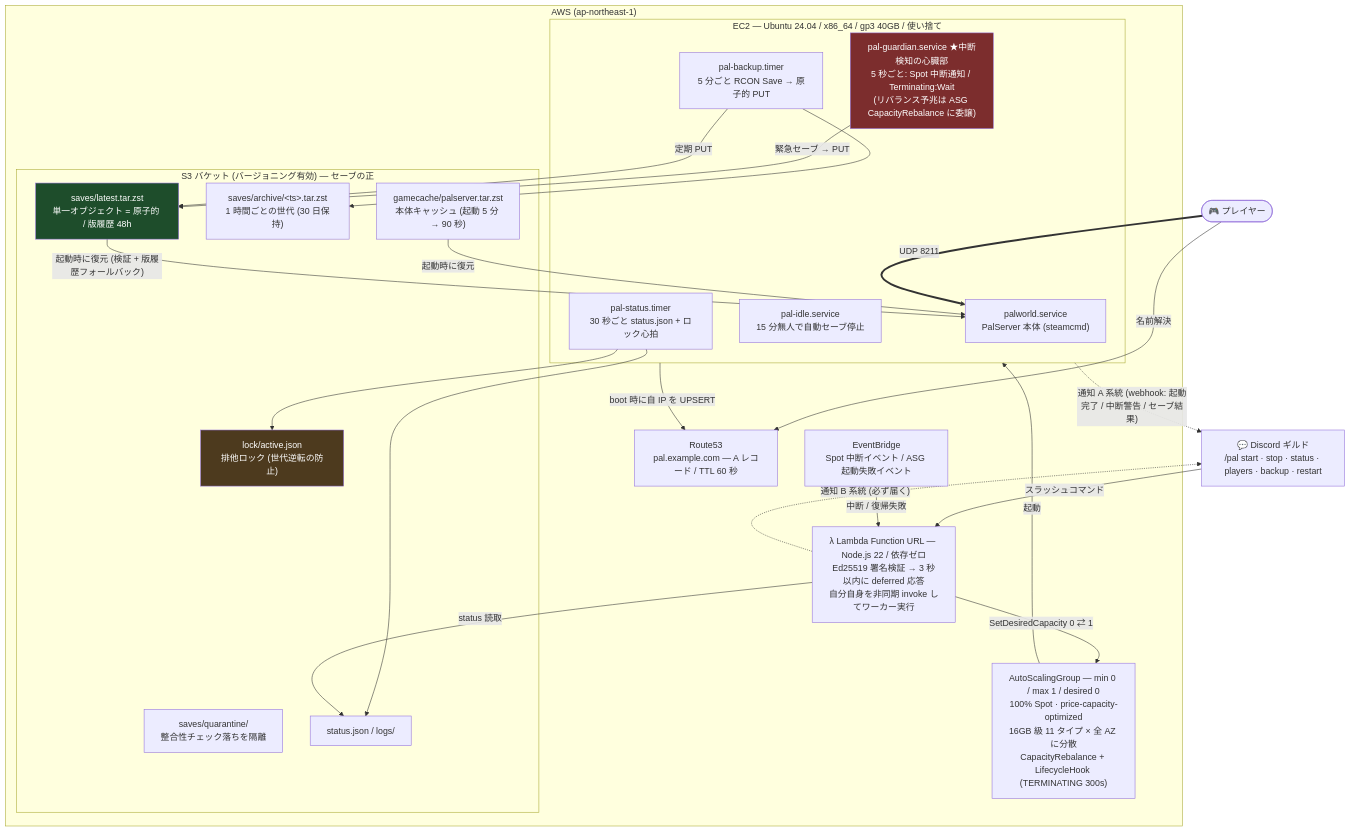
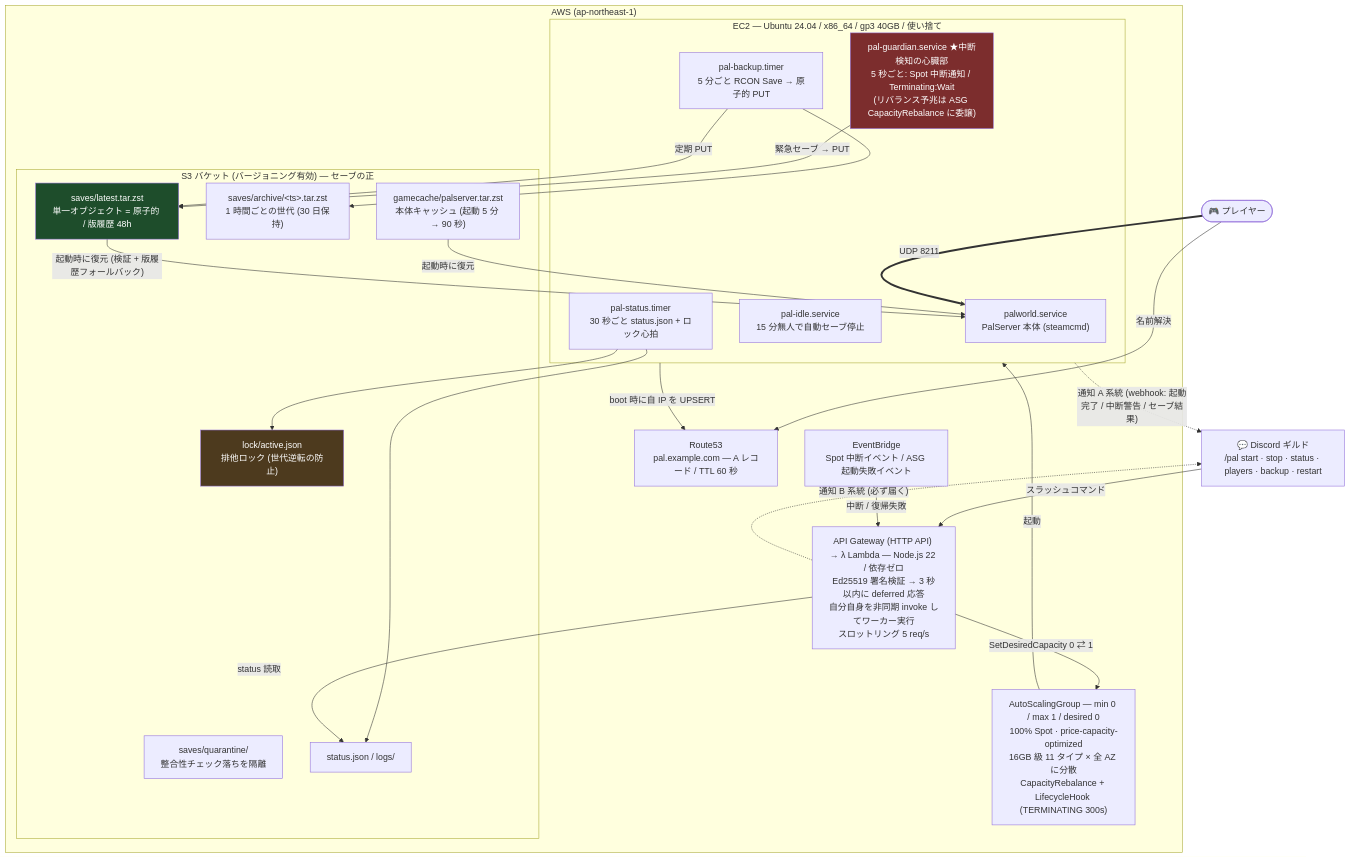
The diagram in DESIGN.md (azarasi1226/palworld-server), drawn with Mermaid before and after one commit. The commit also changed other lines of this file and 2 other files, not shown here.

````diff
--- a/DESIGN.md
+++ b/DESIGN.md
@@ -39,51 +39,51 @@
 ```mermaid
 flowchart TB
     player(["🎮 プレイヤー"])
     discord["💬 Discord ギルド<br>/pal start · stop · status · players · backup · restart"]
 
     subgraph aws["AWS (ap-northeast-1)"]
-        lambda["λ Lambda Function URL — Node.js 22 / 依存ゼロ<br>Ed25519 署名検証 → 3 秒以内に deferred 応答<br>自分自身を非同期 invoke してワーカー実行"]
+        lambda["API Gateway (HTTP API) → λ Lambda — Node.js 22 / 依存ゼロ<br>Ed25519 署名検証 → 3 秒以内に deferred 応答<br>自分自身を非同期 invoke してワーカー実行<br>スロットリング 5 req/s"]
         eb["EventBridge<br>Spot 中断イベント / ASG 起動失敗イベント"]
         asg["AutoScalingGroup — min 0 / max 1 / desired 0<br>100% Spot · price-capacity-optimized<br>16GB 級 11 タイプ × 全 AZ に分散<br>CapacityRebalance + LifecycleHook (TERMINATING 300s)"]
         r53["Route53<br>pal.example.com — A レコード / TTL 60 秒"]
 
         subgraph ec2["EC2 — Ubuntu 24.04 / x86_64 / gp3 40GB / 使い捨て"]
             pal["palworld.service<br>PalServer 本体 (steamcmd)"]
             guardian["pal-guardian.service ★中断検知の心臓部<br>5 秒ごと: Spot 中断通知 / Terminating:Wait<br>(リバランス予兆は ASG CapacityRebalance に委譲)"]
             backupt["pal-backup.timer<br>5 分ごと RCON Save → 原子的 PUT"]
             idle["pal-idle.service<br>15 分無人で自動セーブ停止"]
             statust["pal-status.timer<br>30 秒ごと status.json + ロック心拍"]
         end
 
         subgraph s3["S3 バケット (バージョニング有効) — セーブの正"]
             latest["saves/latest.tar.zst<br>単一オブジェクト = 原子的 / 版履歴 48h"]
             archive["saves/archive/&lt;ts&gt;.tar.zst<br>1 時間ごとの世代 (30 日保持)"]
             quarantine["saves/quarantine/<br>整合性チェック落ちを隔離"]
             lock["lock/active.json<br>排他ロック (世代逆転の防止)"]
             cache["gamecache/palserver.tar.zst<br>本体キャッシュ (起動 5 分 → 90 秒)"]
             statusj["status.json / logs/"]
         end
     end
 
     discord -- "スラッシュコマンド" --> lambda
     lambda -- "SetDesiredCapacity 0 ⇄ 1" --> asg
     eb -- "中断 / 復帰失敗" --> lambda
     lambda -. "通知 B 系統 (必ず届く)" .-> discord
     asg -- "起動" --> ec2
     ec2 -- "boot 時に自 IP を UPSERT" --> r53
     player -- "名前解決" --> r53
     player == "UDP 8211" ==> pal
     guardian -- "緊急セーブ → PUT" --> latest
     backupt -- "定期 PUT" --> latest
     backupt --> archive
     statust --> statusj
     statust --> lock
     ec2 -. "通知 A 系統 (webhook: 起動完了 / 中断警告 / セーブ結果)" .-> discord
     lambda -- "status 読取" --> statusj
     cache -- "起動時に復元" --> pal
     latest -- "起動時に復元 (検証 + 版履歴フォールバック)" --> pal
 
     style guardian fill:#7c2d2d,color:#fff
     style latest fill:#1e4d2b,color:#fff
     style lock fill:#4d3a1e,color:#fff
 ```
````
